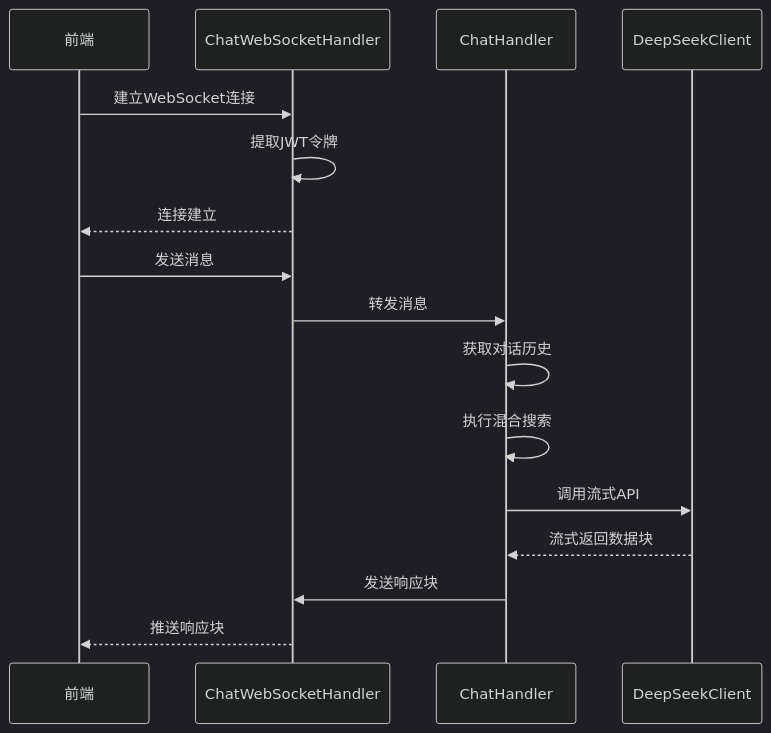
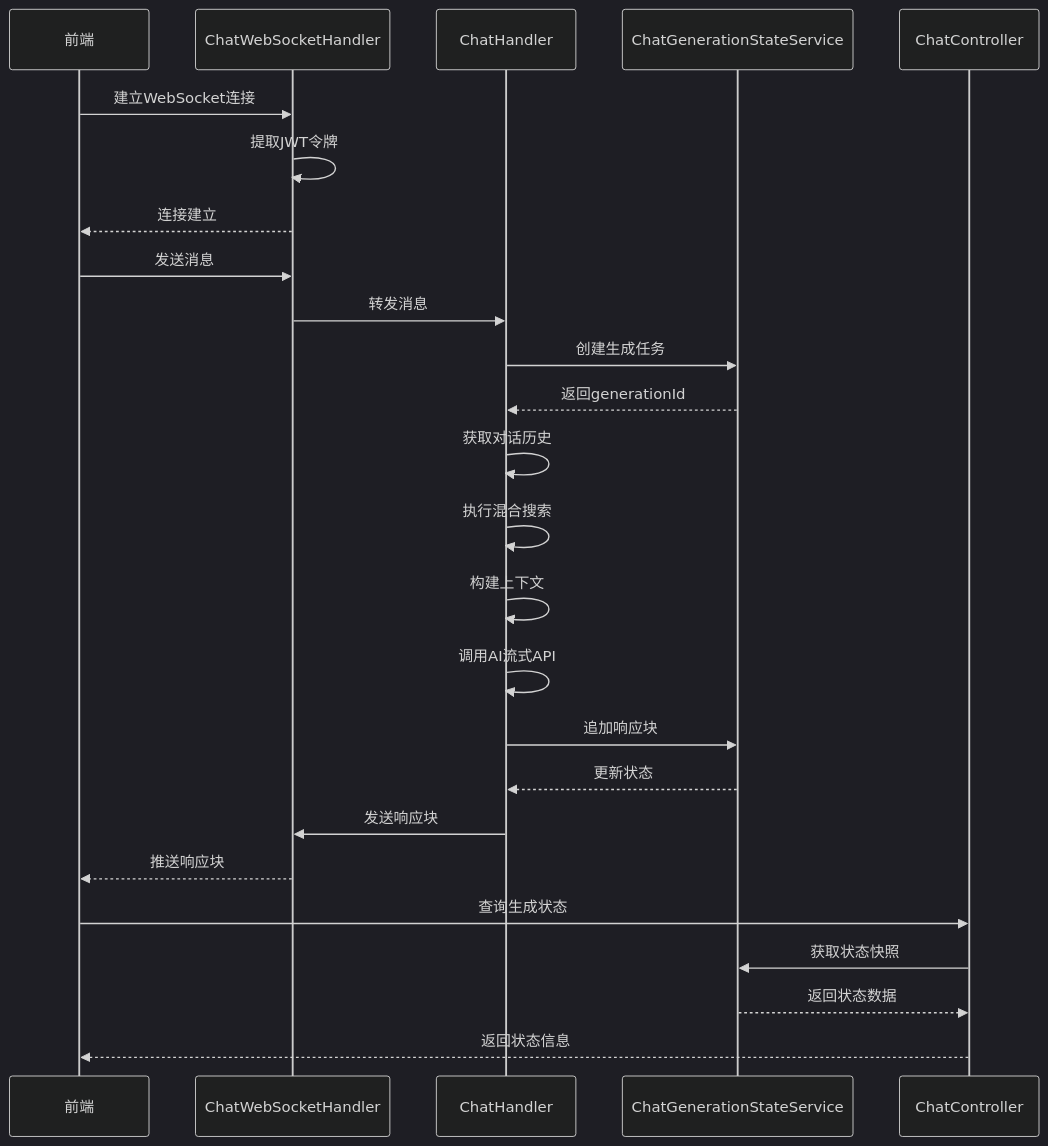
The second of 8 diagrams in .qoder/repowiki/zh/content/API参考/聊天API/WebSocket聊天API.md (xuytwinter/PaiSmart), drawn with Mermaid (dark theme) before and after one commit. The commit also changed other lines of this file and 12 other files, not shown here.

First line of the commit message:
Docs: chat generation state & processing updates

````diff
--- a/.qoder/repowiki/zh/content/API参考/聊天API/WebSocket聊天API.md
+++ b/.qoder/repowiki/zh/content/API参考/聊天API/WebSocket聊天API.md
@@ -62,18 +83,27 @@
 ```mermaid
 sequenceDiagram
 participant 前端 as 前端
 participant 处理器 as ChatWebSocketHandler
 participant 服务 as ChatHandler
-participant 客户端 as DeepSeekClient
+participant 状态服务 as ChatGenerationStateService
+participant 控制器 as ChatController
 前端->>处理器 : 建立WebSocket连接
 处理器->>处理器 : 提取JWT令牌
 处理器-->>前端 : 连接建立
 前端->>处理器 : 发送消息
 处理器->>服务 : 转发消息
+服务->>状态服务 : 创建生成任务
+状态服务-->>服务 : 返回generationId
 服务->>服务 : 获取对话历史
 服务->>服务 : 执行混合搜索
-服务->>客户端 : 调用流式API
-客户端-->>服务 : 流式返回数据块
+服务->>服务 : 构建上下文
+服务->>服务 : 调用AI流式API
+服务->>状态服务 : 追加响应块
+状态服务-->>服务 : 更新状态
 服务->>处理器 : 发送响应块
 处理器-->>前端 : 推送响应块
+前端->>控制器 : 查询生成状态
+控制器->>状态服务 : 获取状态快照
+状态服务-->>控制器 : 返回状态数据
+控制器-->>前端 : 返回状态信息
 ```
````
